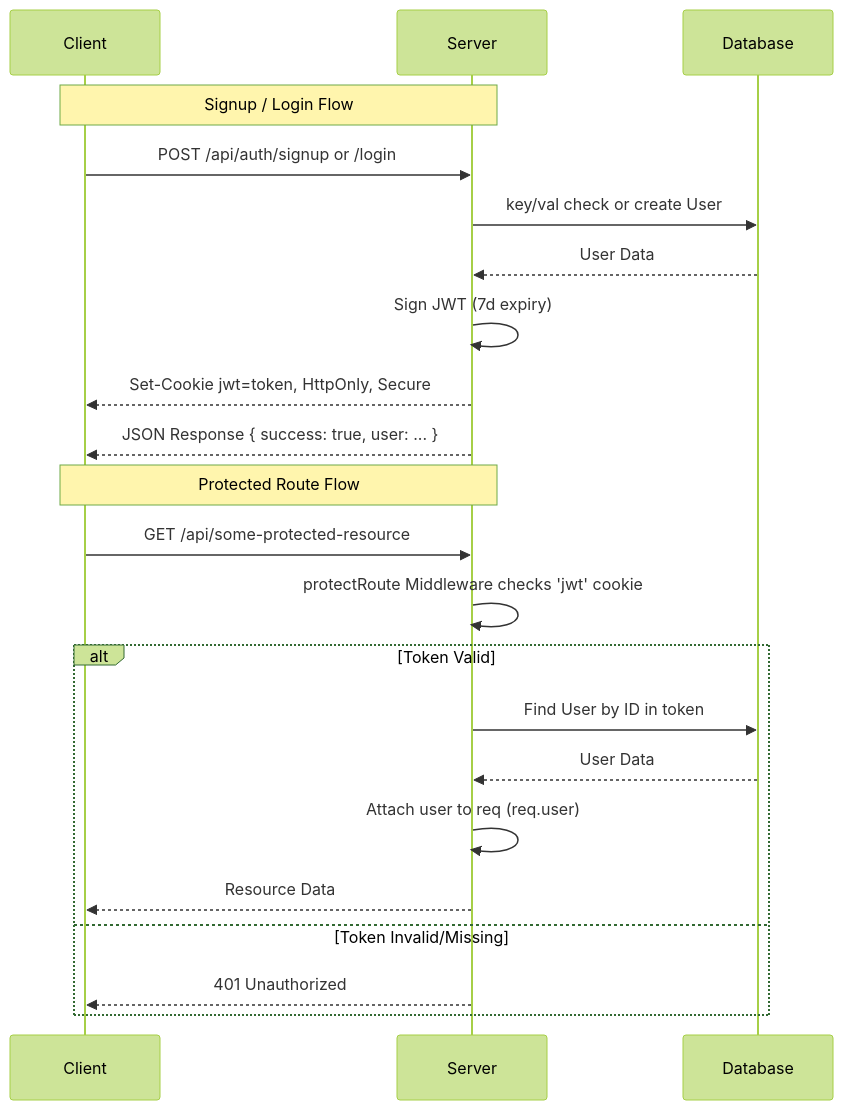
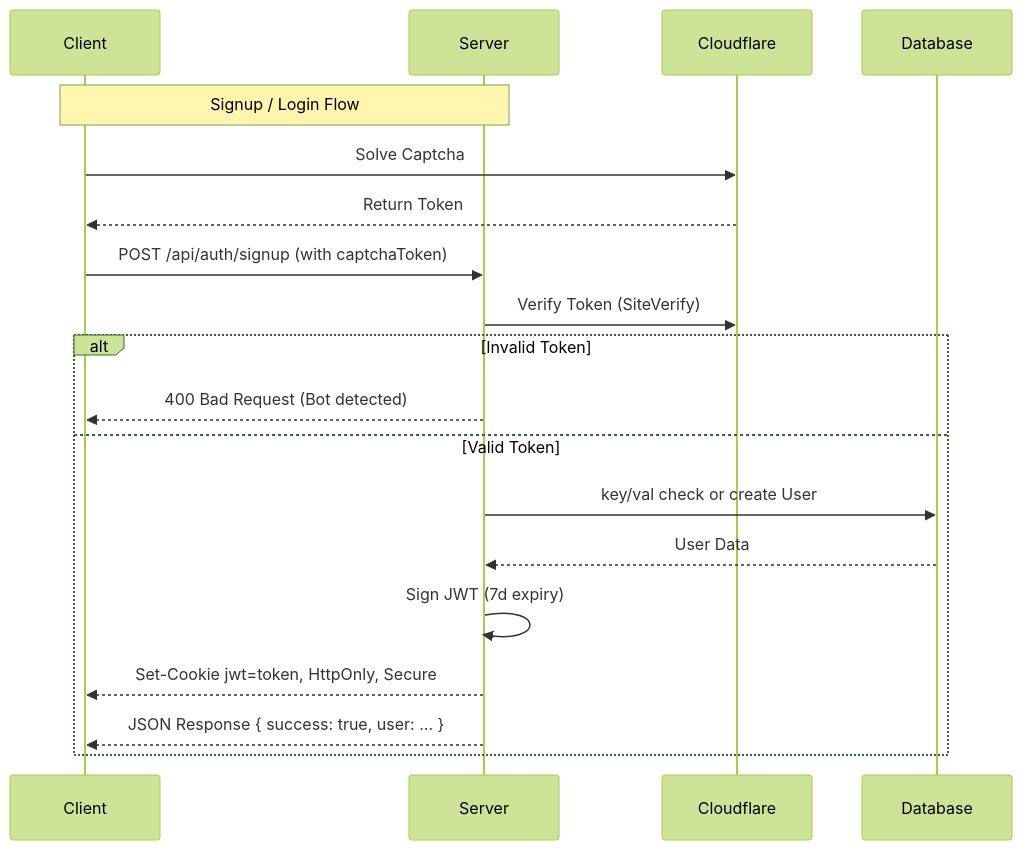
Before and after one commit to S1R15H/PolyChat: the diagram in docs/authentication.md, drawn with Mermaid (forest theme). The commit also changed 1 other file, not shown here.

````diff
--- a/docs/authentication.md
+++ b/docs/authentication.md
@@ -12,26 +15,22 @@
 ```mermaid
 sequenceDiagram
     participant C as Client
     participant S as Server
+    participant CF as Cloudflare
     participant DB as Database
 
     Note over C, S: Signup / Login Flow
-    C->>S: POST /api/auth/signup or /login
-    S->>DB: key/val check or create User
-    DB-->>S: User Data
-    S->>S: Sign JWT (7d expiry)
-    S-->>C: Set-Cookie jwt=token, HttpOnly, Secure
-    S-->>C: JSON Response { success: true, user: ... }
-
-    Note over C, S: Protected Route Flow
-    C->>S: GET /api/some-protected-resource
-    S->>S: protectRoute Middleware checks 'jwt' cookie
-    alt Token Valid
-        S->>DB: Find User by ID in token
+    C->>CF: Solve Captcha
+    CF-->>C: Return Token
+    C->>S: POST /api/auth/signup (with captchaToken)
+    S->>CF: Verify Token (SiteVerify)
+    alt Invalid Token
+        S-->>C: 400 Bad Request (Bot detected)
+    else Valid Token
+        S->>DB: key/val check or create User
         DB-->>S: User Data
-        S->>S: Attach user to req (req.user)
-        S-->>C: Resource Data
-    else Token Invalid/Missing
-        S-->>C: 401 Unauthorized
+        S->>S: Sign JWT (7d expiry)
+        S-->>C: Set-Cookie jwt=token, HttpOnly, Secure
+        S-->>C: JSON Response { success: true, user: ... }
     end
 ```
````
